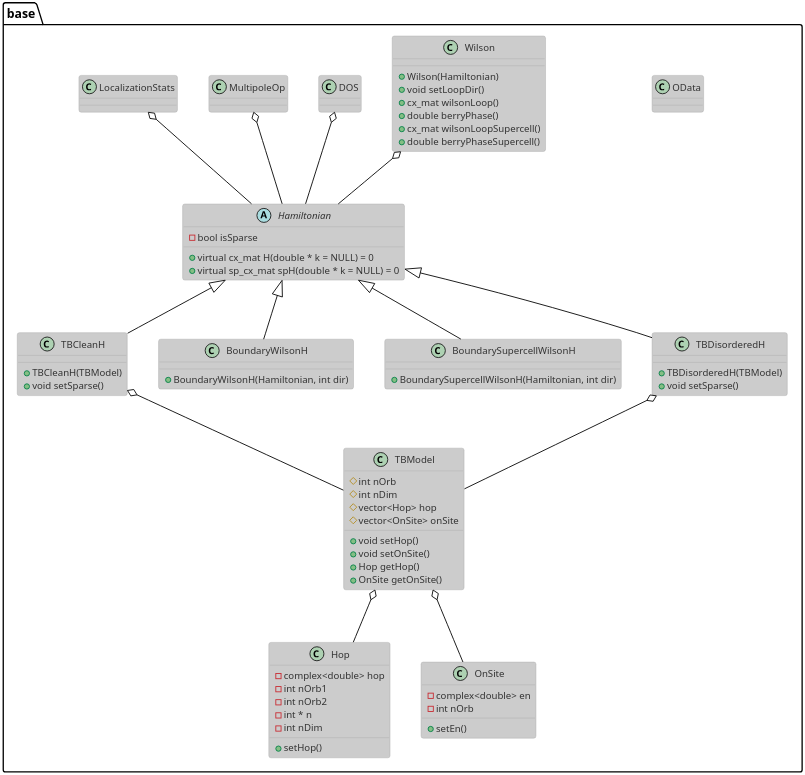
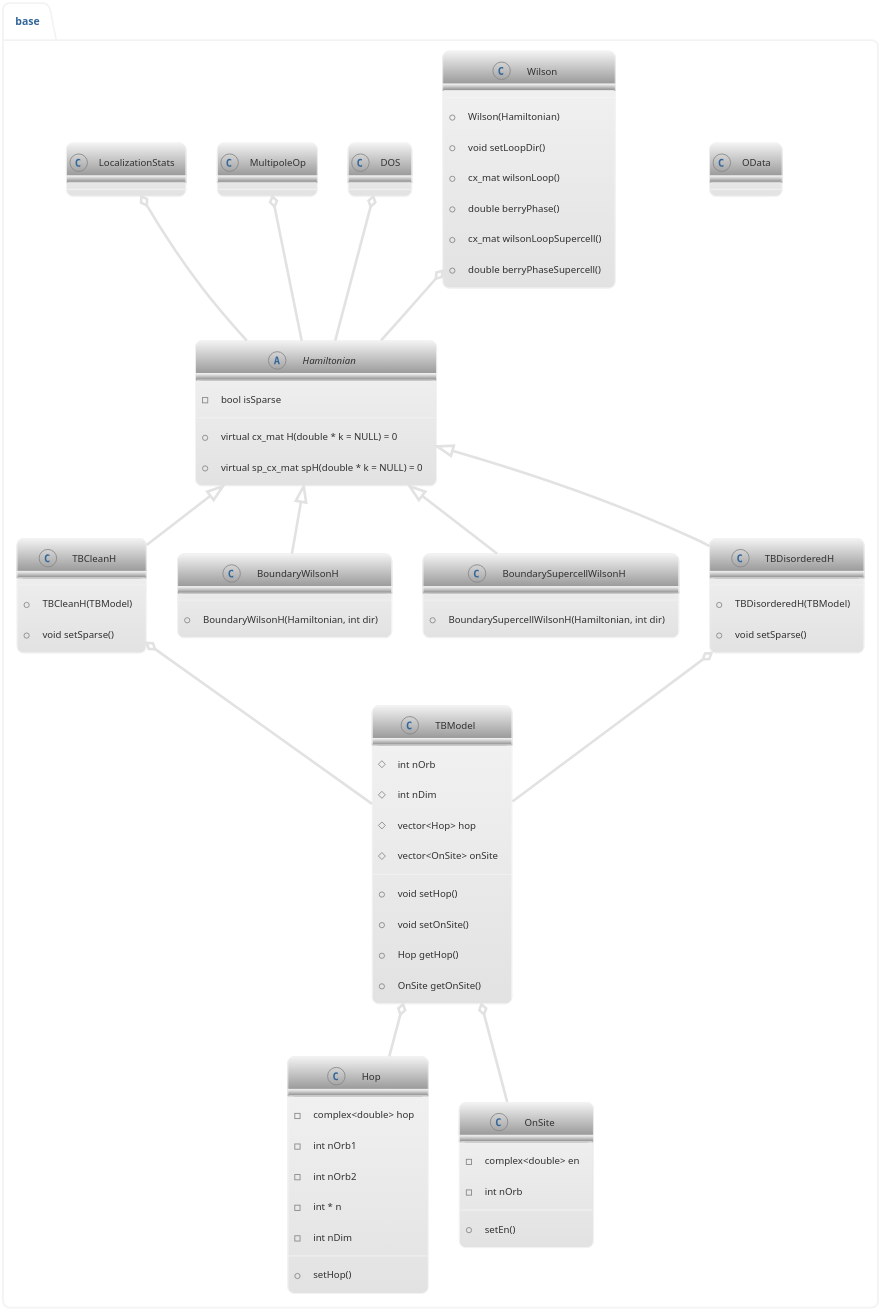
Before and after one commit to Hugo-loio/TIM: the diagram in diagram/diagram.pu, drawn with PlantUML. The commit also changed 1 other file, not shown here.

```diff
--- a/diagram/diagram.pu
+++ b/diagram/diagram.pu
@@ -1,100 +1,102 @@
 @startuml
-!theme reddress-lightblue
 
-skinparam backgroundColor transparent
+'skinparam package backgroundColor transparent
+
+!theme lightgray
+
 skinparam dpi 300
 
 package "base" {
 
   class TBModel{
     'Attributes
     # int nOrb
     # int nDim
     # vector<Hop> hop
     # vector<OnSite> onSite
     'Methods
     + void setHop()
     + void setOnSite()
     + Hop getHop()
     + OnSite getOnSite()
   }
 
   class Hop{
     -complex<double> hop
     -int nOrb1
     -int nOrb2
     -int * n
     -int nDim
     + setHop()
   }
 
   class OnSite{
     -complex<double> en
     -int nOrb
     + setEn()
   }
 
   class OData{
   }
 
   abstract class Hamiltonian{
   +virtual cx_mat H(double * k = NULL) = 0
   +virtual sp_cx_mat spH(double * k = NULL) = 0
   - bool isSparse
 }
 
 class Wilson{
   + Wilson(Hamiltonian)
   + void setLoopDir()
   + cx_mat wilsonLoop()
   + double berryPhase()
   + cx_mat wilsonLoopSupercell()
   + double berryPhaseSupercell()
 }
 
 class DOS{
 }
 
 class MultipoleOp{
 }
 
 class LocalizationStats{
 }
 
 class TBCleanH{
   + TBCleanH(TBModel)
   + void setSparse()
 }
 
 class BoundaryWilsonH{
   + BoundaryWilsonH(Hamiltonian, int dir)
 }
 
 class BoundarySupercellWilsonH{
   + BoundarySupercellWilsonH(Hamiltonian, int dir)
 }
 
 class TBDisorderedH{
   + TBDisorderedH(TBModel)
   + void setSparse()
 }
 
 Wilson o-- Hamiltonian
 DOS o-- Hamiltonian
 MultipoleOp o-- Hamiltonian
 LocalizationStats o--Hamiltonian
 
 Hamiltonian <|-- TBCleanH
 Hamiltonian <|-- TBDisorderedH
 Hamiltonian <|-- BoundaryWilsonH
 Hamiltonian <|-- BoundarySupercellWilsonH
 
 TBCleanH o-- TBModel
 TBDisorderedH o-- TBModel
 
 TBModel o-- OnSite
 TBModel o-- Hop
 
 }
 
 @enduml
```
